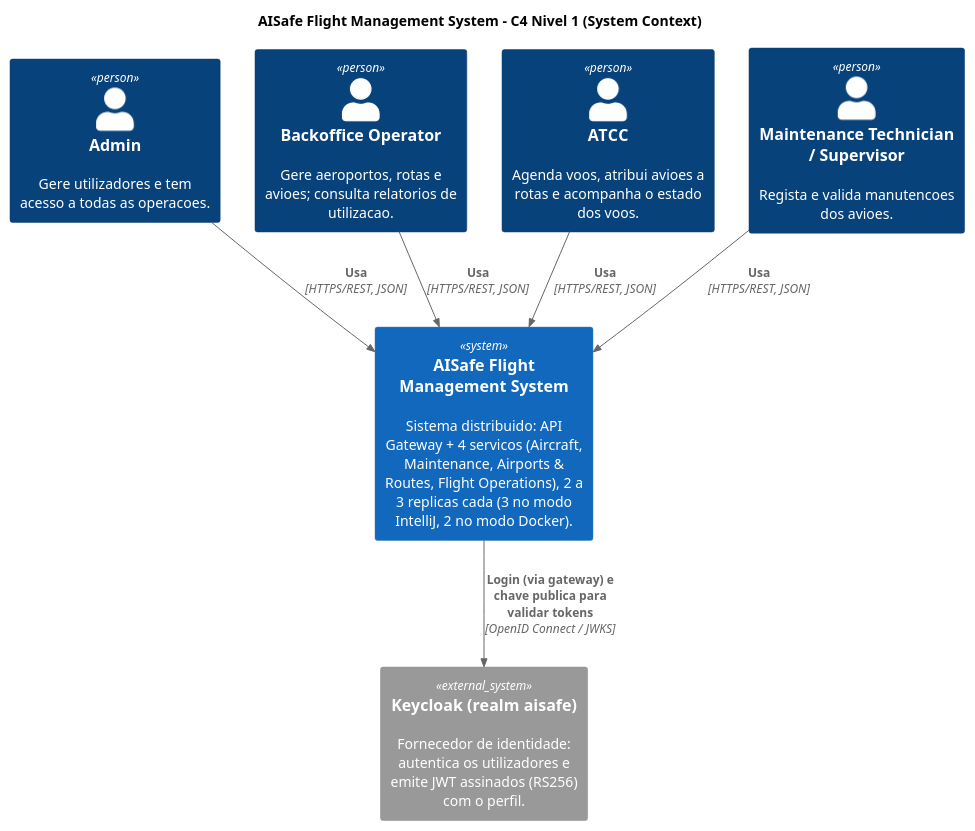
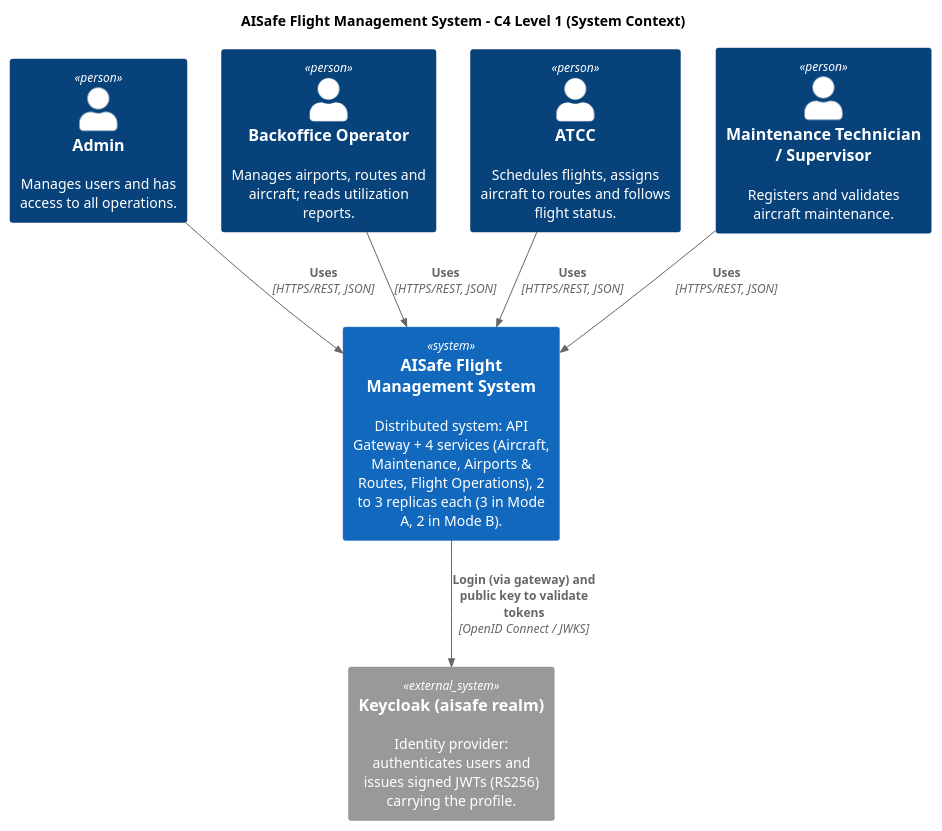
The diagram in docs/SIDIS/c4-context.puml (anamartasilvaa/SIDIG_AI_Safe), drawn with PlantUML before and after one commit. The commit also changed 3 other files, not shown here.

Commit message:
gitignore + diagramas "limpos"

```diff
--- a/docs/SIDIS/c4-context.puml
+++ b/docs/SIDIS/c4-context.puml
@@ -1,21 +1,21 @@
 @startuml c4-context
 !include <C4/C4_Context>
 LAYOUT_TOP_DOWN()
 
-title AISafe Flight Management System - C4 Nivel 1 (System Context)
+title AISafe Flight Management System - C4 Level 1 (System Context)
 
-Person(admin, "Admin", "Gere utilizadores e tem acesso a todas as operacoes.")
-Person(backoffice, "Backoffice Operator", "Gere aeroportos, rotas e avioes; consulta relatorios de utilizacao.")
-Person(atcc, "ATCC", "Agenda voos, atribui avioes a rotas e acompanha o estado dos voos.")
-Person(maint, "Maintenance Technician / Supervisor", "Regista e valida manutencoes dos avioes.")
+Person(admin, "Admin", "Manages users and has access to all operations.")
+Person(backoffice, "Backoffice Operator", "Manages airports, routes and aircraft; reads utilization reports.")
+Person(atcc, "ATCC", "Schedules flights, assigns aircraft to routes and follows flight status.")
+Person(maint, "Maintenance Technician / Supervisor", "Registers and validates aircraft maintenance.")
 
-System(aisafe, "AISafe Flight Management System", "Sistema distribuido: API Gateway + 4 servicos (Aircraft, Maintenance, Airports & Routes, Flight Operations), 2 a 3 replicas cada (3 no modo IntelliJ, 2 no modo Docker).")
-System_Ext(idp, "Keycloak (realm aisafe)", "Fornecedor de identidade: autentica os utilizadores e emite JWT assinados (RS256) com o perfil.")
+System(aisafe, "AISafe Flight Management System", "Distributed system: API Gateway + 4 services (Aircraft, Maintenance, Airports & Routes, Flight Operations), 2 to 3 replicas each (3 in Mode A, 2 in Mode B).")
+System_Ext(idp, "Keycloak (aisafe realm)", "Identity provider: authenticates users and issues signed JWTs (RS256) carrying the profile.")
 
-Rel(admin, aisafe, "Usa", "HTTPS/REST, JSON")
-Rel(backoffice, aisafe, "Usa", "HTTPS/REST, JSON")
-Rel(atcc, aisafe, "Usa", "HTTPS/REST, JSON")
-Rel(maint, aisafe, "Usa", "HTTPS/REST, JSON")
-Rel(aisafe, idp, "Login (via gateway) e chave publica para validar tokens", "OpenID Connect / JWKS")
+Rel(admin, aisafe, "Uses", "HTTPS/REST, JSON")
+Rel(backoffice, aisafe, "Uses", "HTTPS/REST, JSON")
+Rel(atcc, aisafe, "Uses", "HTTPS/REST, JSON")
+Rel(maint, aisafe, "Uses", "HTTPS/REST, JSON")
+Rel(aisafe, idp, "Login (via gateway) and public key to validate tokens", "OpenID Connect / JWKS")
 
 @enduml
```
